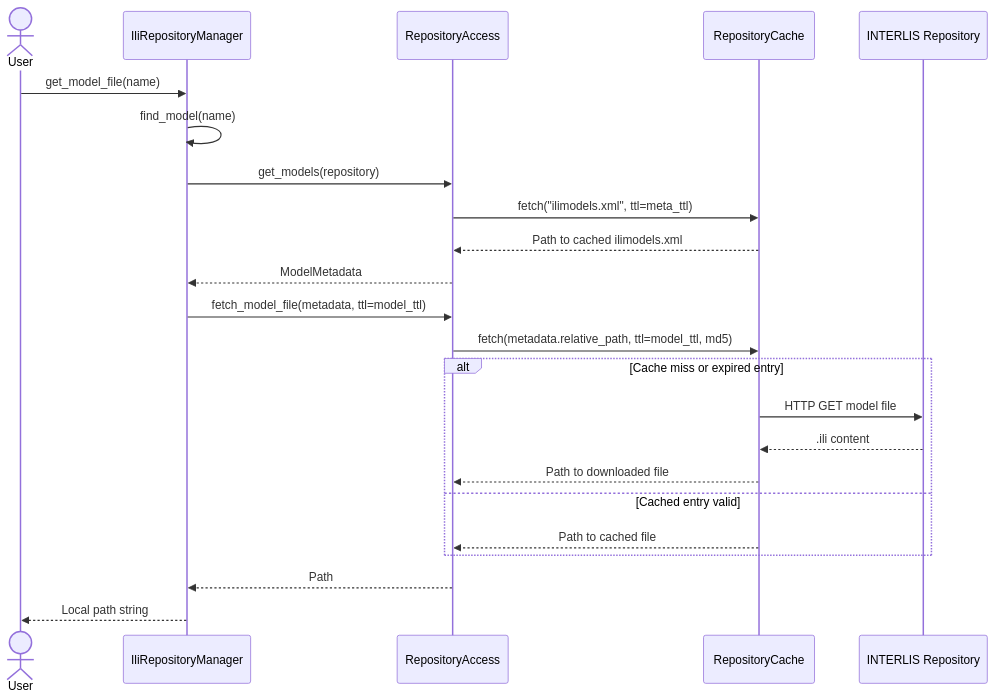
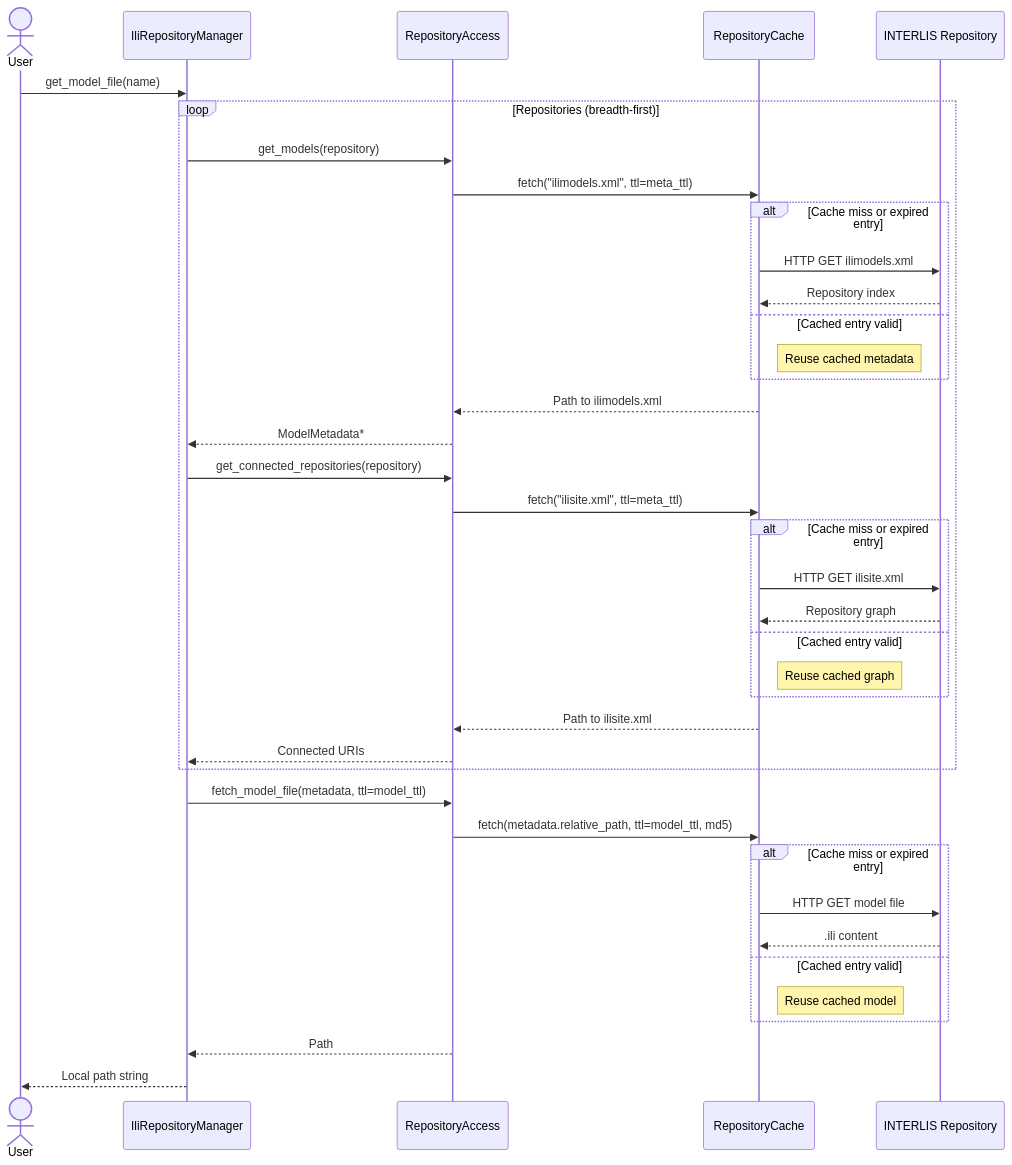
Before and after one commit to edigonzales/ili2c: the diagram in python/README.md, drawn with Mermaid. The commit also changed other lines of this file and 4 other files, not shown here.

````diff
--- a/python/README.md
+++ b/python/README.md
@@ -90,26 +94,42 @@
 ```mermaid
 sequenceDiagram
     actor User
     participant Manager as IliRepositoryManager
     participant Access as RepositoryAccess
     participant Cache as RepositoryCache
     participant Repo as INTERLIS Repository
 
     User->>Manager: get_model_file(name)
-    Manager->>Manager: find_model(name)
-    Manager->>Access: get_models(repository)
-    Access->>Cache: fetch("ilimodels.xml", ttl=meta_ttl)
-    Cache-->>Access: Path to cached ilimodels.xml
-    Access-->>Manager: ModelMetadata
+    loop Repositories (breadth-first)
+        Manager->>Access: get_models(repository)
+        Access->>Cache: fetch("ilimodels.xml", ttl=meta_ttl)
+        alt Cache miss or expired entry
+            Cache->>Repo: HTTP GET ilimodels.xml
+            Repo-->>Cache: Repository index
+        else Cached entry valid
+            Note right of Cache: Reuse cached metadata
+        end
+        Cache-->>Access: Path to ilimodels.xml
+        Access-->>Manager: ModelMetadata*
+        Manager->>Access: get_connected_repositories(repository)
+        Access->>Cache: fetch("ilisite.xml", ttl=meta_ttl)
+        alt Cache miss or expired entry
+            Cache->>Repo: HTTP GET ilisite.xml
+            Repo-->>Cache: Repository graph
+        else Cached entry valid
+            Note right of Cache: Reuse cached graph
+        end
+        Cache-->>Access: Path to ilisite.xml
+        Access-->>Manager: Connected URIs
+    end
     Manager->>Access: fetch_model_file(metadata, ttl=model_ttl)
     Access->>Cache: fetch(metadata.relative_path, ttl=model_ttl, md5)
     alt Cache miss or expired entry
         Cache->>Repo: HTTP GET model file
         Repo-->>Cache: .ili content
-        Cache-->>Access: Path to downloaded file
     else Cached entry valid
-        Cache-->>Access: Path to cached file
+        Note right of Cache: Reuse cached model
     end
     Access-->>Manager: Path
     Manager-->>User: Local path string
 ```
````
